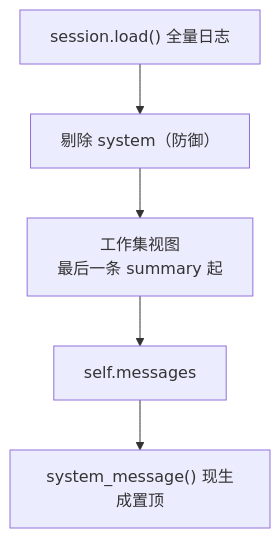
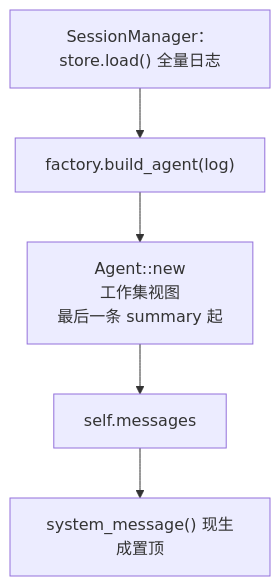
The third of 3 diagrams in docs/session.md (Seann0824/Shirley), drawn with Mermaid before and after one commit. The commit also changed other lines of this file and 17 other files, not shown here.

````diff
--- a/docs/session.md
+++ b/docs/session.md
@@ -191,7 +174,7 @@
 ```mermaid
 graph TD
-    L["session.load() 全量日志"] --> SYS["剔除 system（防御）"]
-    SYS --> WS["工作集视图<br/>最后一条 summary 起"]
+    L["SessionManager：store.load() 全量日志"] --> F["factory.build_agent(log)"]
+    F --> WS["Agent::new<br/>工作集视图<br/>最后一条 summary 起"]
     WS --> MSG["self.messages"]
     MSG --> SYSG["system_message() 现生成置顶"]
 ```
````
